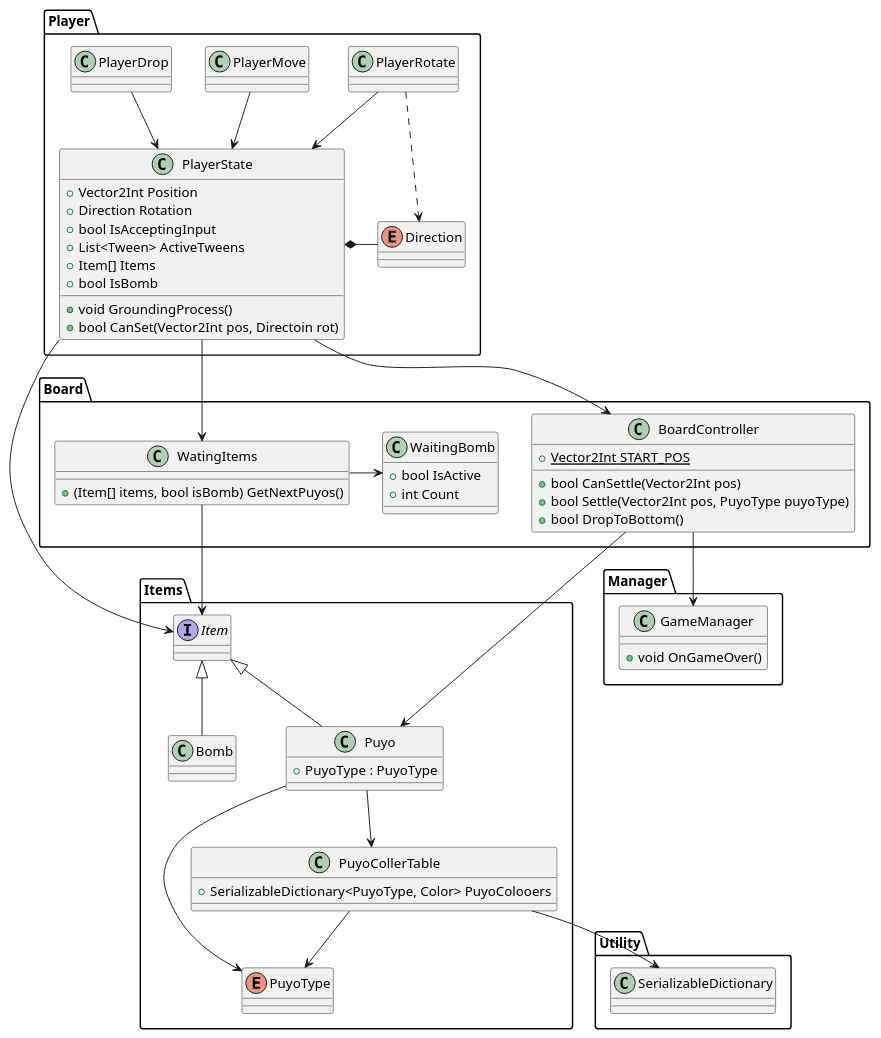
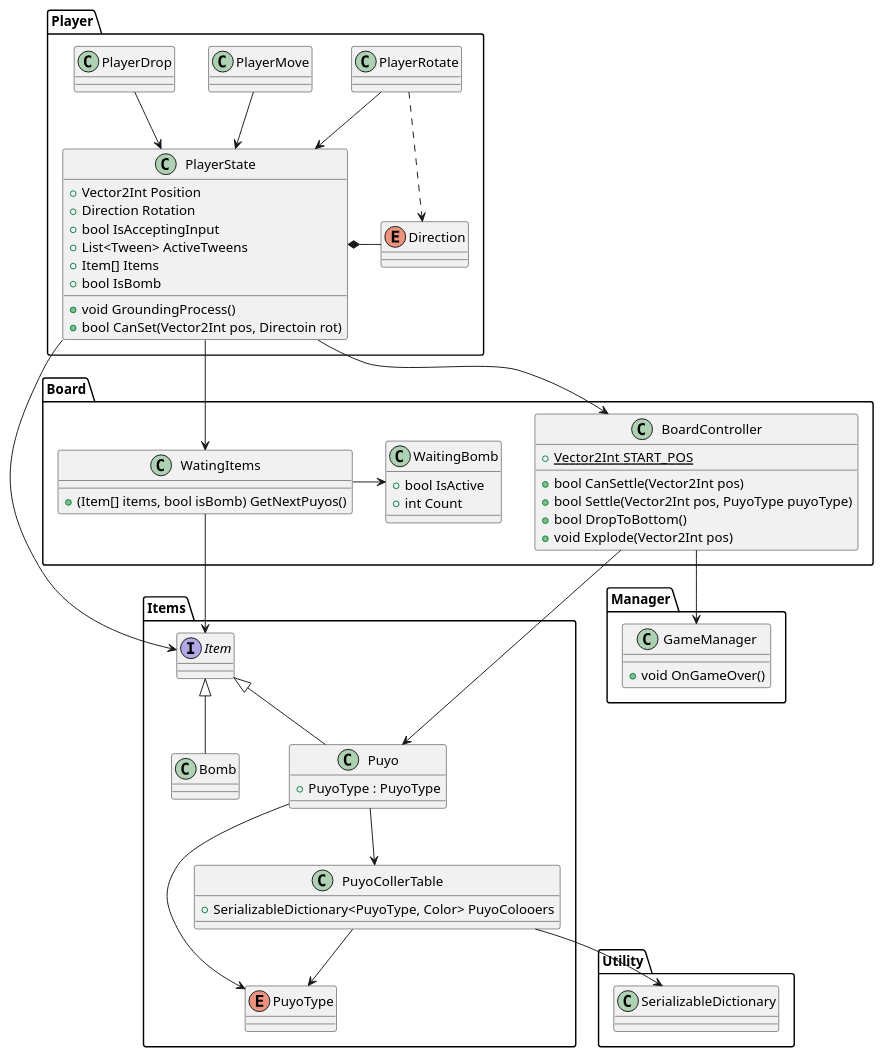
One commit to snnn30/UniteBlocks changed the diagram in puyopuyo.pu. Above: the diagram before and after it, drawn with PlantUML. The commit also changed 13 other files, not shown here.

```diff
--- a/puyopuyo.pu
+++ b/puyopuyo.pu
@@ -1,88 +1,89 @@
 @startuml hoge
 
 namespace Player{
     class PlayerRotate
     class PlayerMove
     class PlayerDrop
     class PlayerState{
         +Vector2Int Position
         +Direction Rotation    
         +bool IsAcceptingInput
         +List<Tween> ActiveTweens
         +Item[] Items
         +bool IsBomb
         +void GroundingProcess()
         +bool CanSet(Vector2Int pos, Directoin rot)
     }
     enum Direction
 
     PlayerDrop --> PlayerState
     PlayerRotate --> PlayerState
     PlayerMove --> PlayerState
     PlayerRotate ..> Direction
     PlayerState *- Direction
 }
 
 namespace Items{
     interface Item
     class Bomb
     class Puyo{
         +PuyoType : PuyoType
     }
     class PuyoCollerTable{
         +SerializableDictionary<PuyoType, Color> PuyoColooers
     }
     enum PuyoType
 
     Item <|-- Puyo
     Item <|-- Bomb
     Puyo --> PuyoCollerTable
     Puyo --> PuyoType
     PuyoCollerTable --> PuyoType
 }
 
 namespace Utility{
     class SerializableDictionary
 }
 
 namespace Manager{
     class GameManager{
         +void OnGameOver()
     }
 }
 
 
 namespace Board{
     class WaitingBomb{
         +bool IsActive
         +int Count
     }
 
     class WatingItems{
         +(Item[] items, bool isBomb) GetNextPuyos()
     }
 
     class BoardController{
         {static} +Vector2Int START_POS
         +bool CanSettle(Vector2Int pos) 
         +bool Settle(Vector2Int pos, PuyoType puyoType)
         +bool DropToBottom()
+        +void Explode(Vector2Int pos)
     }
 
     WaitingBomb <- WatingItems 
 }
 
 
 
 PuyoCollerTable --> SerializableDictionary
 
 PlayerState --> Item
 PlayerState --> BoardController
 PlayerState --> WatingItems
 
 WatingItems --> Item
 BoardController --> Puyo
 BoardController --> GameManager
 
 
 @enduml
```
